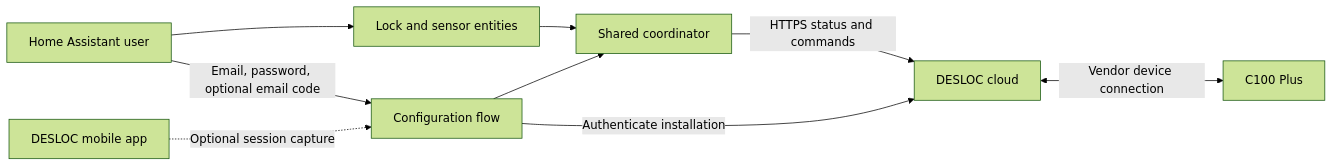
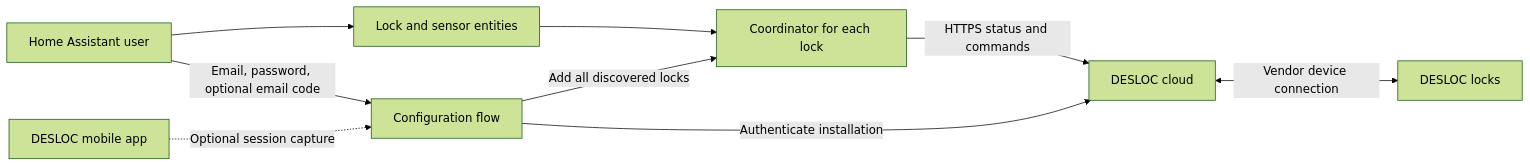
The diagram in README.md (ha-homelab/ha-desloc), drawn with Mermaid (forest theme) before and after one commit. The commit also changed other lines of this file and 22 other files, not shown here.

````diff
--- a/README.md
+++ b/README.md
@@ -45,11 +52,11 @@
 ```mermaid
 flowchart LR
     User[Home Assistant user] --> Entities[Lock and sensor entities]
-    Entities --> Coordinator[Shared coordinator]
+    Entities --> Coordinator[Coordinator for each lock]
     Coordinator -->|HTTPS status and commands| Cloud[DESLOC cloud]
-    Cloud <-->|Vendor device connection| Lock[C100 Plus]
+    Cloud <-->|Vendor device connection| Lock[DESLOC locks]
     User -->|Email, password, optional email code| Setup[Configuration flow]
     App[DESLOC mobile app] -.->|Optional session capture| Setup
     Setup -->|Authenticate installation| Cloud
-    Setup --> Coordinator
+    Setup -->|Add all discovered locks| Coordinator
 ```
````
